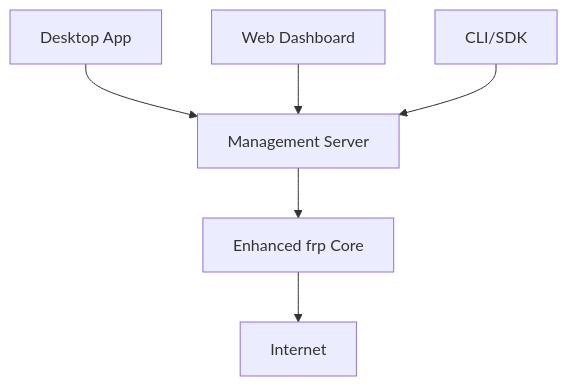
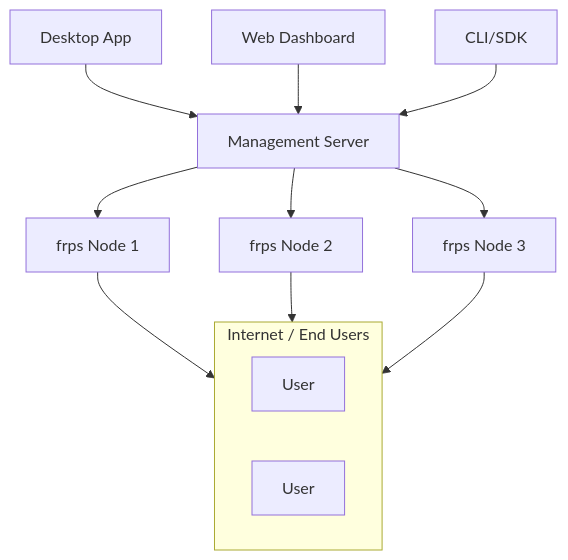
One commit to Karanzhang/asyou changed the diagram in README.md. Above: the diagram before and after it, drawn with Mermaid. The commit also changed other lines of this file and 1 other file, not shown here.

Commit message:
docs: update README and DEPLOY with multi-node architecture
- README: new features (multi-node cluster, smart scheduling, frpc auto-download)
- README: architecture diagram shows multiple frps nodes
- README: update component table and directory structure
- DEPLOY: rewrite architecture overview with multi-VPS diagram
- DEPLOY: translate §5.3 cluster simulation to English

````diff
--- a/README.md
+++ b/README.md
@@ -27,8 +29,16 @@
 ```mermaid
 flowchart TB
     A[Desktop App] --> S[Management Server]
     B[Web Dashboard] --> S
     C[CLI/SDK] --> S
-    S --> F[Enhanced frp Core]
-    F --> Internet
+    S --> 1[frps Node 1]
+    S --> 2[frps Node 2]
+    S --> 3[frps Node 3]
+    subgraph Internet[Internet / End Users]
+        U1[User]
+        U2[User]
+    end
+    1 --> Internet
+    2 --> Internet
+    3 --> Internet
 ```
````
